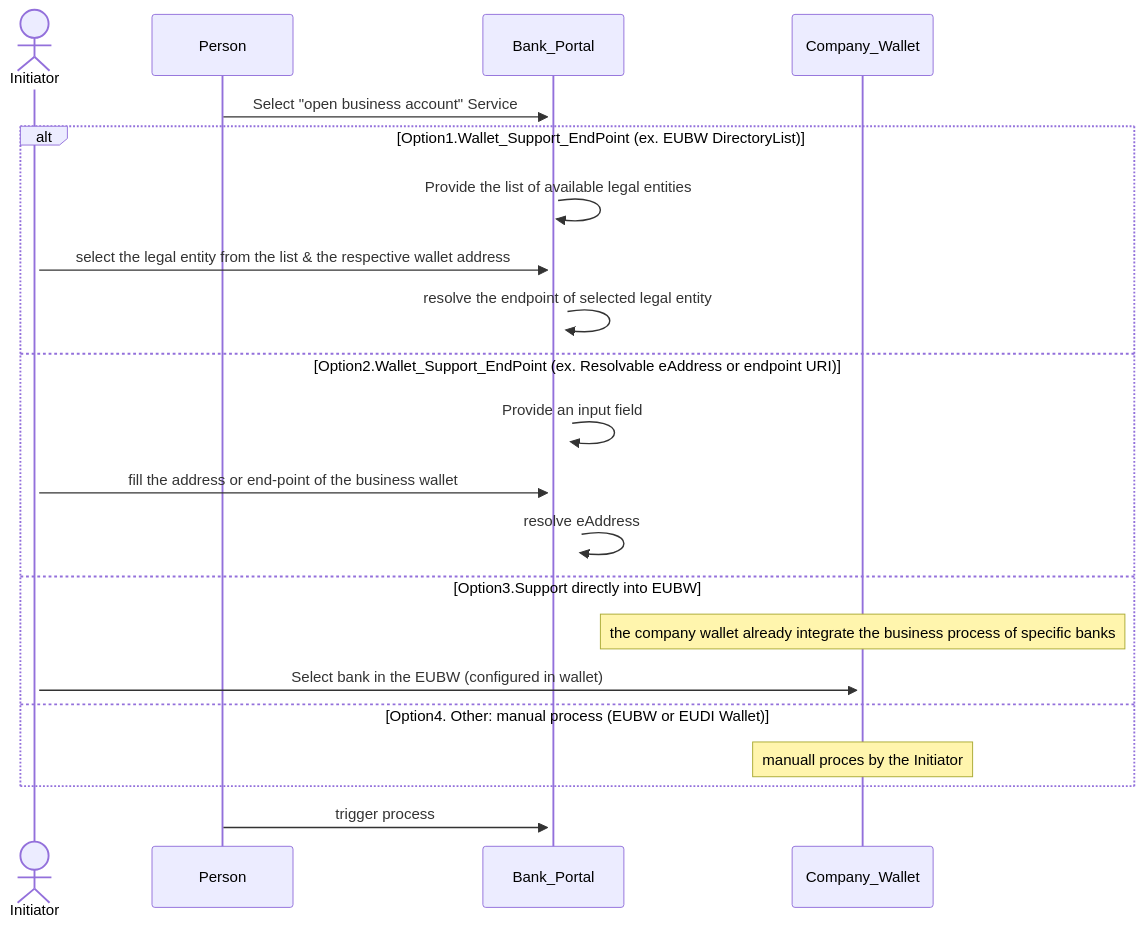
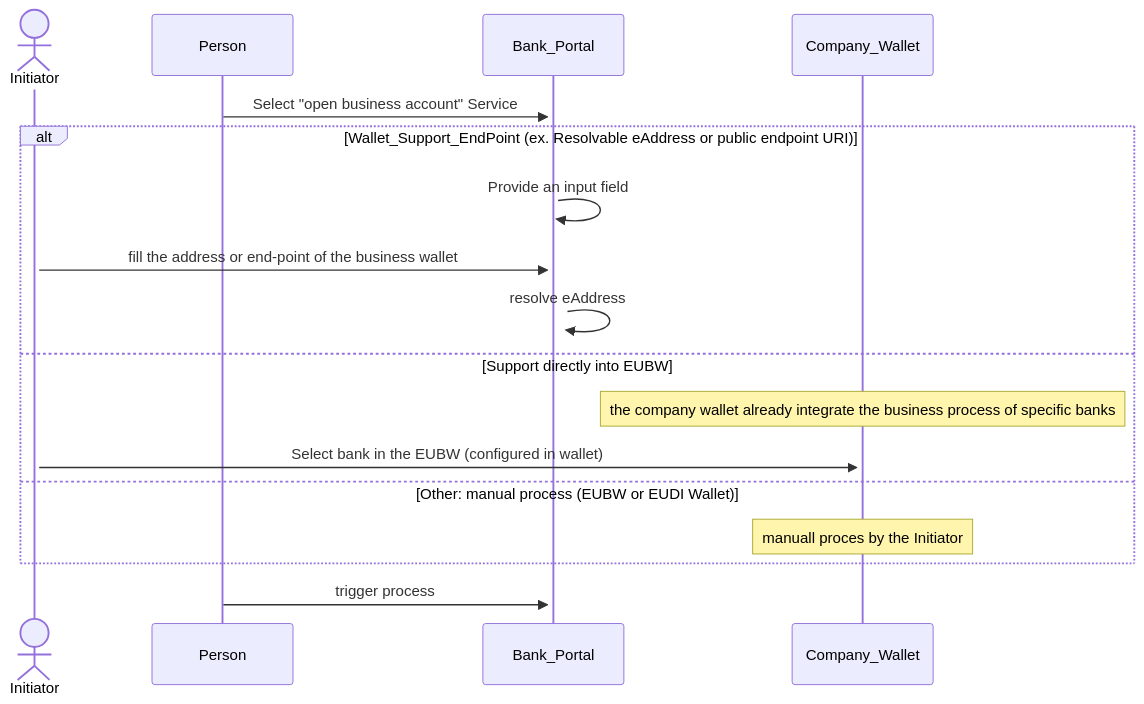
One commit to DominicHurni/wp3-technology-standards changed the second of 11 diagrams in PA3/PA3_MVP.md. Above: the diagram before and after it, drawn with Mermaid. The commit also changed other lines of this file and 2 other files, not shown here.

````diff
--- a/PA3/PA3_MVP.md
+++ b/PA3/PA3_MVP.md
@@ -47,21 +47,17 @@
 ```mermaid
 sequenceDiagram
     actor Initiator
     activate Initiator
     Person->>+Bank_Portal: Select "open business account" Service
-    alt Option1.Wallet_Support_EndPoint (ex. EUBW DirectoryList)
-        Bank_Portal->>+Bank_Portal : Provide the list of available legal entities
-        Initiator->>+Bank_Portal: select the legal entity from the list & the respective wallet address
-        Bank_Portal->>+Bank_Portal: resolve the endpoint of selected legal entity
-    else Option2.Wallet_Support_EndPoint (ex. Resolvable eAddress or endpoint URI)
+    alt Wallet_Support_EndPoint (ex. Resolvable eAddress or public endpoint URI)
         Bank_Portal->>+Bank_Portal : Provide an input field
         Initiator->>+Bank_Portal: fill the address or end-point of the business wallet
         Bank_Portal->>+Bank_Portal: resolve eAddress
-    else Option3.Support directly into EUBW
+    else Support directly into EUBW  
         Note over Company_Wallet: the company wallet already integrate the business process of specific banks
         Initiator->>+Company_Wallet: Select bank in the EUBW (configured in wallet)
-    else Option4. Other: manual process (EUBW or EUDI Wallet)
+    else Other: manual process (EUBW or EUDI Wallet)
         Note over Company_Wallet: manuall proces by the Initiator
     end
     Person->>+Bank_Portal: trigger process
 ```
````
